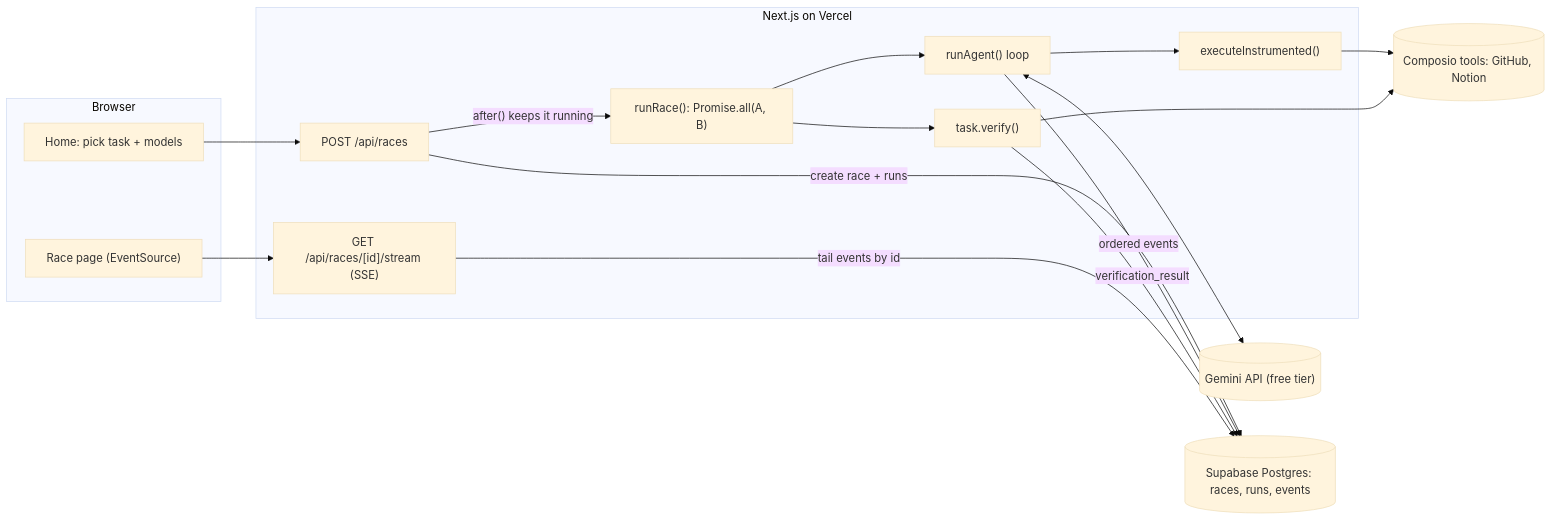
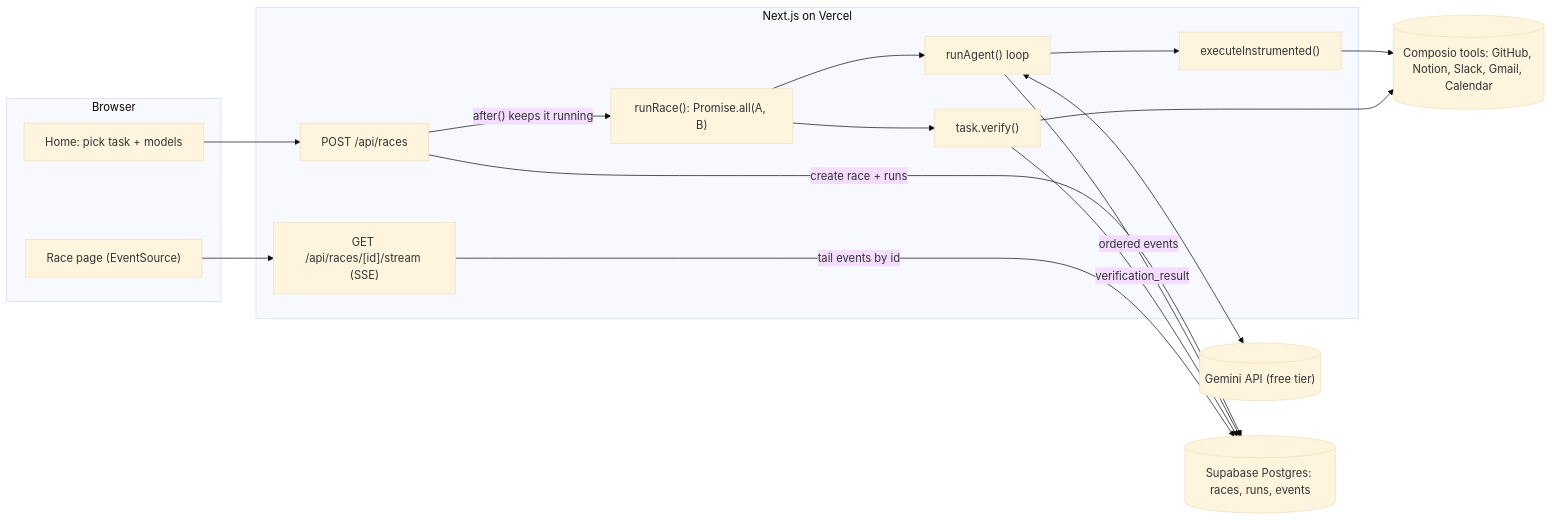
Before and after one commit to SmitPatel-31/Agent-Arena: the diagram in README.md, drawn with Mermaid (base theme). The commit also changed other lines of this file, not shown here.

Commit message:
Document the Slack and Gmail to Calendar tasks in the README

````diff
--- a/README.md
+++ b/README.md
@@ -18,32 +18,32 @@
 ```mermaid
 flowchart LR
     subgraph Browser
         Home["Home: pick task + models"]
         Race["Race page (EventSource)"]
     end
 
     subgraph Next["Next.js on Vercel"]
         Start["POST /api/races"]
         Stream["GET /api/races/[id]/stream (SSE)"]
         Orchestrator["runRace(): Promise.all(A, B)"]
         Agent["runAgent() loop"]
         Instrument["executeInstrumented()"]
         Verify["task.verify()"]
     end
 
     Gemini[("Gemini API (free tier)")]
-    Composio[("Composio tools: GitHub, Notion")]
+    Composio[("Composio tools: GitHub, Notion, Slack, Gmail, Calendar")]
     DB[("Supabase Postgres: races, runs, events")]
 
     Home --> Start
     Start -- "create race + runs" --> DB
     Start -- "after() keeps it running" --> Orchestrator
     Orchestrator --> Agent
     Agent <--> Gemini
     Agent --> Instrument --> Composio
     Orchestrator --> Verify --> Composio
     Agent -- "ordered events" --> DB
     Verify -- "verification_result" --> DB
     Race --> Stream
     Stream -- "tail events by id" --> DB
 ```
````
